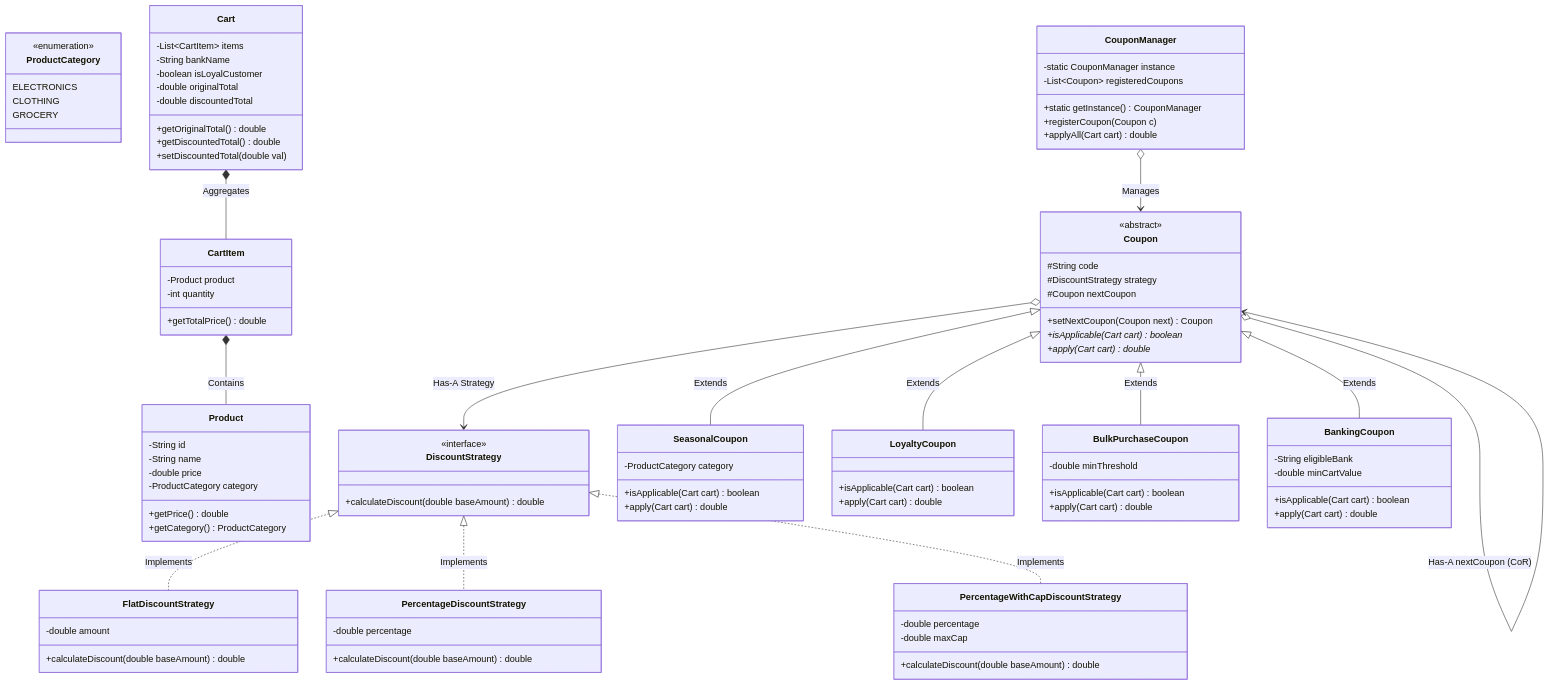
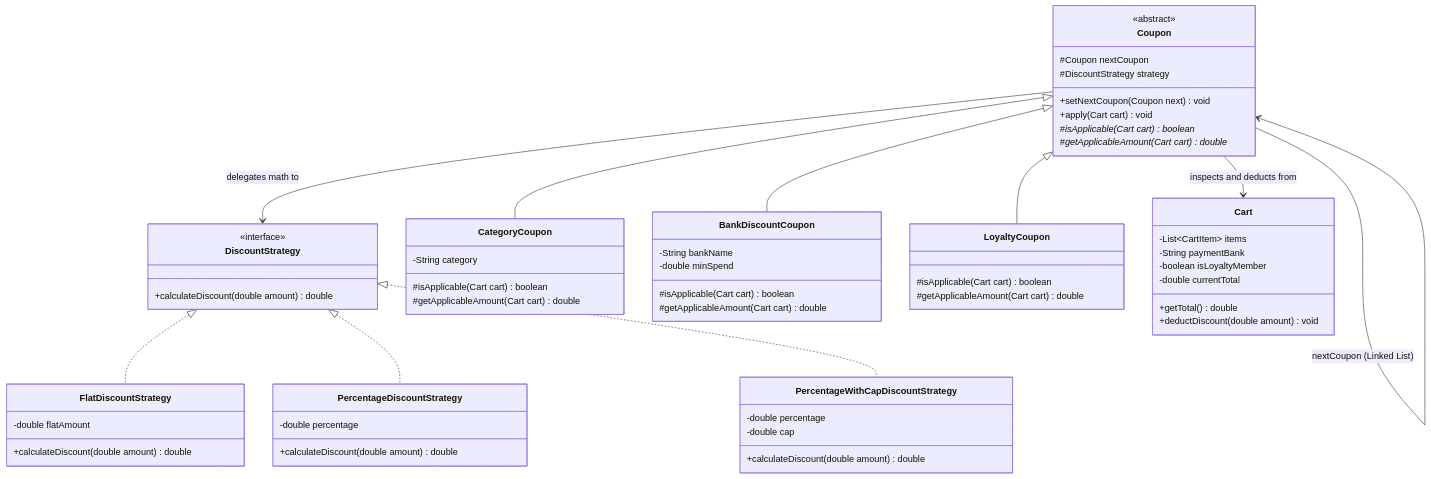
One commit to rohithgowda18/Notes changed the diagram in 04-OOPs-and-Design-Patterns/04-LLD-Case-Studies/24-Build-Discount-Coupon-Engine.md. Above: the diagram before and after it, drawn with Mermaid. The commit also changed other lines of this file and 39 other files, not shown here.

````diff
--- a/04-OOPs-and-Design-Patterns/04-LLD-Case-Studies/24-Build-Discount-Coupon-Engine.md
+++ b/04-OOPs-and-Design-Patterns/04-LLD-Case-Studies/24-Build-Discount-Coupon-Engine.md
@@ -81,113 +68,67 @@
 ```mermaid
 classDiagram
-    class ProductCategory {
-        <<enumeration>>
-        ELECTRONICS
-        CLOTHING
-        GROCERY
+    class DiscountStrategy {
+        <<interface>>
+        +calculateDiscount(double amount) double
+    }
+    class FlatDiscountStrategy {
+        -double flatAmount
+        +calculateDiscount(double amount) double
+    }
+    class PercentageDiscountStrategy {
+        -double percentage
+        +calculateDiscount(double amount) double
+    }
+    class PercentageWithCapDiscountStrategy {
+        -double percentage
+        -double cap
+        +calculateDiscount(double amount) double
     }
 
-    class Product {
-        -String id
-        -String name
-        -double price
-        -ProductCategory category
-        +getPrice() double
-        +getCategory() ProductCategory
+    class Coupon {
+        <<abstract>>
+        #Coupon nextCoupon
+        #DiscountStrategy strategy
+        +setNextCoupon(Coupon next) void
+        +apply(Cart cart) void
+        #isApplicable(Cart cart)* boolean
+        #getApplicableAmount(Cart cart)* double
     }
 
-    class CartItem {
-        -Product product
-        -int quantity
-        +getTotalPrice() double
+    class CategoryCoupon {
+        -String category
+        #isApplicable(Cart cart) boolean
+        #getApplicableAmount(Cart cart) double
+    }
+
+    class BankDiscountCoupon {
+        -String bankName
+        -double minSpend
+        #isApplicable(Cart cart) boolean
+        #getApplicableAmount(Cart cart) double
+    }
+
+    class LoyaltyCoupon {
+        #isApplicable(Cart cart) boolean
+        #getApplicableAmount(Cart cart) double
     }
 
     class Cart {
         -List~CartItem~ items
-        -String bankName
-        -boolean isLoyalCustomer
-        -double originalTotal
-        -double discountedTotal
-        +getOriginalTotal() double
-        +getDiscountedTotal() double
-        +setDiscountedTotal(double val)
+        -String paymentBank
+        -boolean isLoyaltyMember
+        -double currentTotal
+        +getTotal() double
+        +deductDiscount(double amount) void
     }
 
-    class DiscountStrategy {
-        <<interface>>
-        +calculateDiscount(double baseAmount) double
-    }
-
-    class FlatDiscountStrategy {
-        -double amount
-        +calculateDiscount(double baseAmount) double
-    }
-
-    class PercentageDiscountStrategy {
-        -double percentage
-        +calculateDiscount(double baseAmount) double
-    }
-
-    class PercentageWithCapDiscountStrategy {
-        -double percentage
-        -double maxCap
-        +calculateDiscount(double baseAmount) double
-    }
-
-    class Coupon {
-        <<abstract>>
-        #String code
-        #DiscountStrategy strategy
-        #Coupon nextCoupon
-        +setNextCoupon(Coupon next) Coupon
-        +isApplicable(Cart cart)* boolean
-        +apply(Cart cart)* double
-    }
-
-    class SeasonalCoupon {
-        -ProductCategory category
-        +isApplicable(Cart cart) boolean
-        +apply(Cart cart) double
-    }
-
-    class LoyaltyCoupon {
-        +isApplicable(Cart cart) boolean
-        +apply(Cart cart) double
-    }
-
-    class BulkPurchaseCoupon {
-        -double minThreshold
-        +isApplicable(Cart cart) boolean
-        +apply(Cart cart) double
-    }
-
-    class BankingCoupon {
-        -String eligibleBank
-        -double minCartValue
-        +isApplicable(Cart cart) boolean
-        +apply(Cart cart) double
-    }
-
-    class CouponManager {
-        -static CouponManager instance
-        -List~Coupon~ registeredCoupons
-        +static getInstance() CouponManager
-        +registerCoupon(Coupon c)
-        +applyAll(Cart cart) double
-    }
-
-    DiscountStrategy <|.. FlatDiscountStrategy : Implements
-    DiscountStrategy <|.. PercentageDiscountStrategy : Implements
-    DiscountStrategy <|.. PercentageWithCapDiscountStrategy : Implements
-
-    Coupon <|-- SeasonalCoupon : Extends
-    Coupon <|-- LoyaltyCoupon : Extends
-    Coupon <|-- BulkPurchaseCoupon : Extends
-    Coupon <|-- BankingCoupon : Extends
-    Coupon o--> DiscountStrategy : Has-A Strategy
-    Coupon o--> Coupon : Has-A nextCoupon (CoR)
-
-    CartItem *-- Product : Contains
-    Cart *-- CartItem : Aggregates
-    CouponManager o--> Coupon : Manages
+    DiscountStrategy <|.. FlatDiscountStrategy
+    DiscountStrategy <|.. PercentageDiscountStrategy
+    DiscountStrategy <|.. PercentageWithCapDiscountStrategy
+    Coupon --> DiscountStrategy : delegates math to
+    Coupon --> Coupon : nextCoupon (Linked List)
+    Coupon <|-- CategoryCoupon
+    Coupon <|-- BankDiscountCoupon
+    Coupon <|-- LoyaltyCoupon
+    Coupon --> Cart : inspects and deducts from
 ```
````
